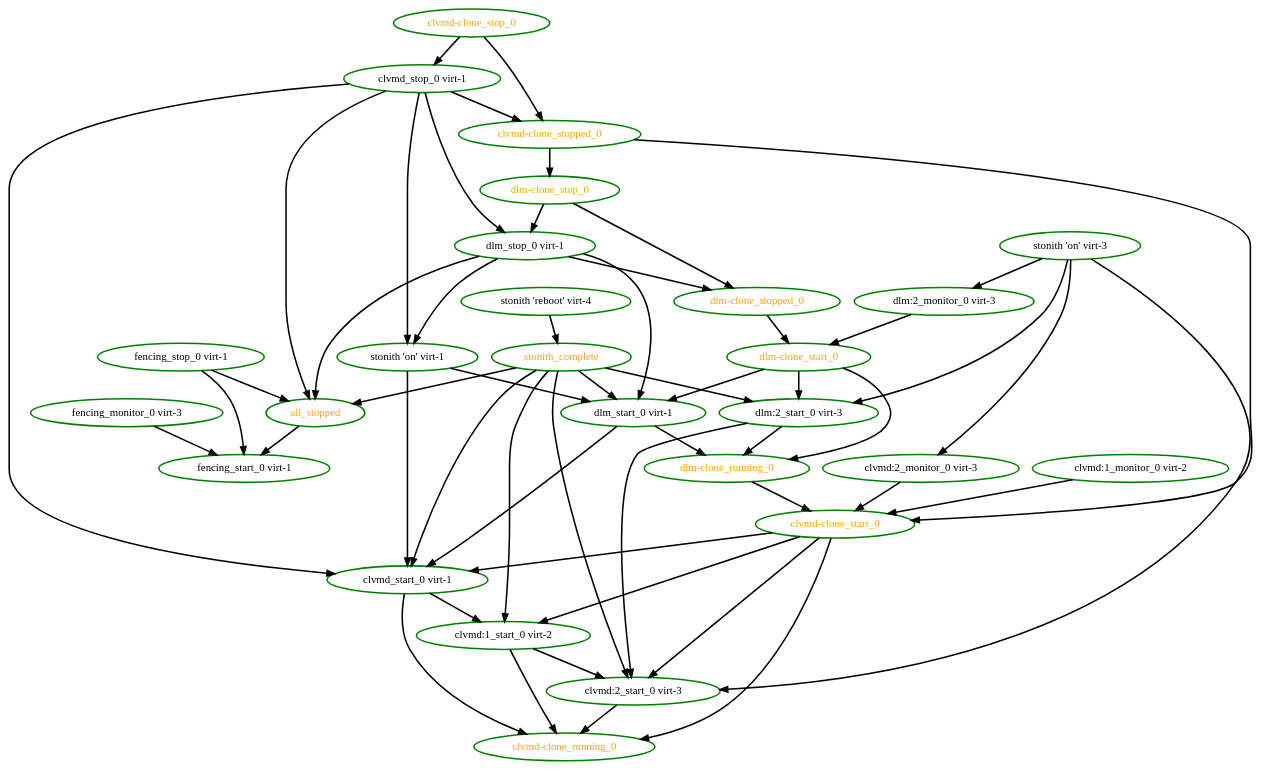
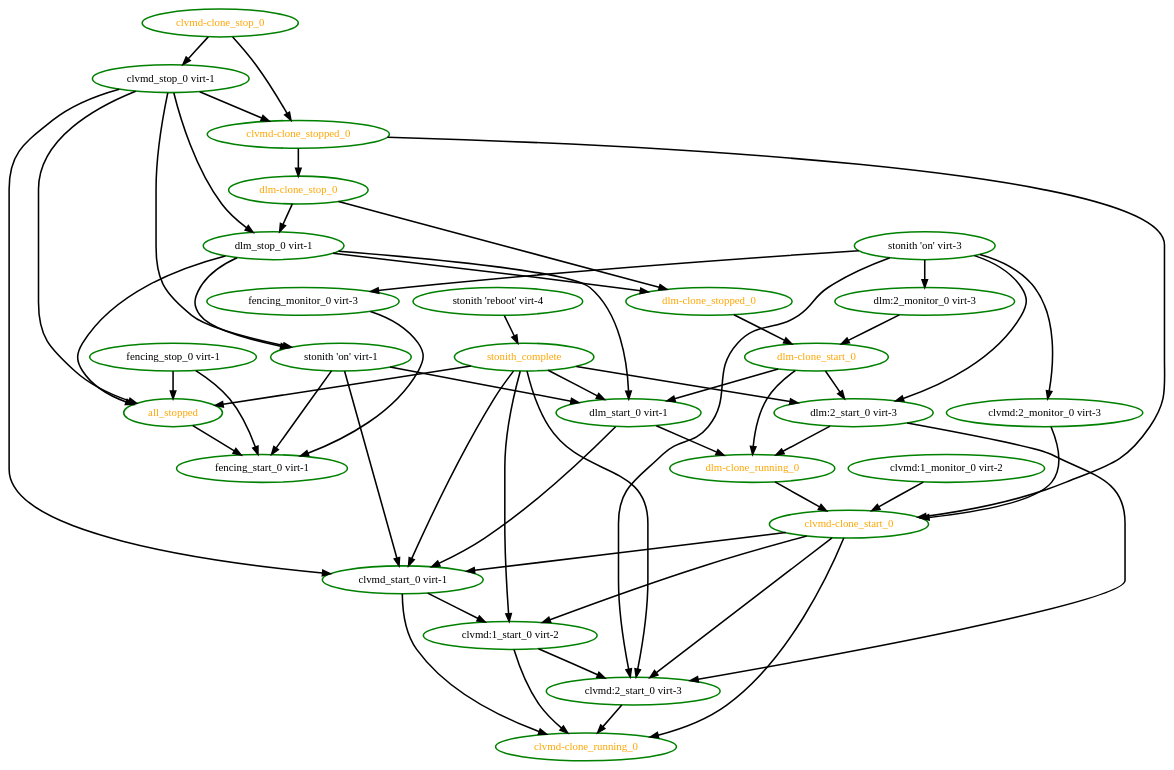
The diagram in pengine/test10/unfence-parameters.dot (ClusterLabs/pacemaker), drawn with Graphviz before and after one commit. The commit also changed 11 other files, not shown here.

```diff
--- a/pengine/test10/unfence-parameters.dot
+++ b/pengine/test10/unfence-parameters.dot
@@ -1,81 +1,83 @@
 digraph "g" {
 "all_stopped" -> "fencing_start_0 virt-1" [ style = bold]
 "all_stopped" [ style=bold color="green" fontcolor="orange"]
 "clvmd-clone_running_0" [ style=bold color="green" fontcolor="orange"]
 "clvmd-clone_start_0" -> "clvmd-clone_running_0" [ style = bold]
 "clvmd-clone_start_0" -> "clvmd:1_start_0 virt-2" [ style = bold]
 "clvmd-clone_start_0" -> "clvmd:2_start_0 virt-3" [ style = bold]
 "clvmd-clone_start_0" -> "clvmd_start_0 virt-1" [ style = bold]
 "clvmd-clone_start_0" [ style=bold color="green" fontcolor="orange"]
 "clvmd-clone_stop_0" -> "clvmd-clone_stopped_0" [ style = bold]
 "clvmd-clone_stop_0" -> "clvmd_stop_0 virt-1" [ style = bold]
 "clvmd-clone_stop_0" [ style=bold color="green" fontcolor="orange"]
 "clvmd-clone_stopped_0" -> "clvmd-clone_start_0" [ style = bold]
 "clvmd-clone_stopped_0" -> "dlm-clone_stop_0" [ style = bold]
 "clvmd-clone_stopped_0" [ style=bold color="green" fontcolor="orange"]
 "clvmd:1_monitor_0 virt-2" -> "clvmd-clone_start_0" [ style = bold]
 "clvmd:1_monitor_0 virt-2" [ style=bold color="green" fontcolor="black"]
 "clvmd:1_start_0 virt-2" -> "clvmd-clone_running_0" [ style = bold]
 "clvmd:1_start_0 virt-2" -> "clvmd:2_start_0 virt-3" [ style = bold]
 "clvmd:1_start_0 virt-2" [ style=bold color="green" fontcolor="black"]
 "clvmd:2_monitor_0 virt-3" -> "clvmd-clone_start_0" [ style = bold]
 "clvmd:2_monitor_0 virt-3" [ style=bold color="green" fontcolor="black"]
 "clvmd:2_start_0 virt-3" -> "clvmd-clone_running_0" [ style = bold]
 "clvmd:2_start_0 virt-3" [ style=bold color="green" fontcolor="black"]
 "clvmd_start_0 virt-1" -> "clvmd-clone_running_0" [ style = bold]
 "clvmd_start_0 virt-1" -> "clvmd:1_start_0 virt-2" [ style = bold]
 "clvmd_start_0 virt-1" [ style=bold color="green" fontcolor="black"]
 "clvmd_stop_0 virt-1" -> "all_stopped" [ style = bold]
 "clvmd_stop_0 virt-1" -> "clvmd-clone_stopped_0" [ style = bold]
 "clvmd_stop_0 virt-1" -> "clvmd_start_0 virt-1" [ style = bold]
 "clvmd_stop_0 virt-1" -> "dlm_stop_0 virt-1" [ style = bold]
 "clvmd_stop_0 virt-1" -> "stonith 'on' virt-1" [ style = bold]
 "clvmd_stop_0 virt-1" [ style=bold color="green" fontcolor="black"]
 "dlm-clone_running_0" -> "clvmd-clone_start_0" [ style = bold]
 "dlm-clone_running_0" [ style=bold color="green" fontcolor="orange"]
 "dlm-clone_start_0" -> "dlm-clone_running_0" [ style = bold]
 "dlm-clone_start_0" -> "dlm:2_start_0 virt-3" [ style = bold]
 "dlm-clone_start_0" -> "dlm_start_0 virt-1" [ style = bold]
 "dlm-clone_start_0" [ style=bold color="green" fontcolor="orange"]
 "dlm-clone_stop_0" -> "dlm-clone_stopped_0" [ style = bold]
 "dlm-clone_stop_0" -> "dlm_stop_0 virt-1" [ style = bold]
 "dlm-clone_stop_0" [ style=bold color="green" fontcolor="orange"]
 "dlm-clone_stopped_0" -> "dlm-clone_start_0" [ style = bold]
 "dlm-clone_stopped_0" [ style=bold color="green" fontcolor="orange"]
 "dlm:2_monitor_0 virt-3" -> "dlm-clone_start_0" [ style = bold]
 "dlm:2_monitor_0 virt-3" [ style=bold color="green" fontcolor="black"]
 "dlm:2_start_0 virt-3" -> "clvmd:2_start_0 virt-3" [ style = bold]
 "dlm:2_start_0 virt-3" -> "dlm-clone_running_0" [ style = bold]
 "dlm:2_start_0 virt-3" [ style=bold color="green" fontcolor="black"]
 "dlm_start_0 virt-1" -> "clvmd_start_0 virt-1" [ style = bold]
 "dlm_start_0 virt-1" -> "dlm-clone_running_0" [ style = bold]
 "dlm_start_0 virt-1" [ style=bold color="green" fontcolor="black"]
 "dlm_stop_0 virt-1" -> "all_stopped" [ style = bold]
 "dlm_stop_0 virt-1" -> "dlm-clone_stopped_0" [ style = bold]
 "dlm_stop_0 virt-1" -> "dlm_start_0 virt-1" [ style = bold]
 "dlm_stop_0 virt-1" -> "stonith 'on' virt-1" [ style = bold]
 "dlm_stop_0 virt-1" [ style=bold color="green" fontcolor="black"]
 "fencing_monitor_0 virt-3" -> "fencing_start_0 virt-1" [ style = bold]
 "fencing_monitor_0 virt-3" [ style=bold color="green" fontcolor="black"]
 "fencing_start_0 virt-1" [ style=bold color="green" fontcolor="black"]
 "fencing_stop_0 virt-1" -> "all_stopped" [ style = bold]
 "fencing_stop_0 virt-1" -> "fencing_start_0 virt-1" [ style = bold]
 "fencing_stop_0 virt-1" [ style=bold color="green" fontcolor="black"]
 "stonith 'on' virt-1" -> "clvmd_start_0 virt-1" [ style = bold]
 "stonith 'on' virt-1" -> "dlm_start_0 virt-1" [ style = bold]
+"stonith 'on' virt-1" -> "fencing_start_0 virt-1" [ style = bold]
 "stonith 'on' virt-1" [ style=bold color="green" fontcolor="black"]
 "stonith 'on' virt-3" -> "clvmd:2_monitor_0 virt-3" [ style = bold]
 "stonith 'on' virt-3" -> "clvmd:2_start_0 virt-3" [ style = bold]
 "stonith 'on' virt-3" -> "dlm:2_monitor_0 virt-3" [ style = bold]
 "stonith 'on' virt-3" -> "dlm:2_start_0 virt-3" [ style = bold]
+"stonith 'on' virt-3" -> "fencing_monitor_0 virt-3" [ style = bold]
 "stonith 'on' virt-3" [ style=bold color="green" fontcolor="black"]
 "stonith 'reboot' virt-4" -> "stonith_complete" [ style = bold]
 "stonith 'reboot' virt-4" [ style=bold color="green" fontcolor="black"]
 "stonith_complete" -> "all_stopped" [ style = bold]
 "stonith_complete" -> "clvmd:1_start_0 virt-2" [ style = bold]
 "stonith_complete" -> "clvmd:2_start_0 virt-3" [ style = bold]
 "stonith_complete" -> "clvmd_start_0 virt-1" [ style = bold]
 "stonith_complete" -> "dlm:2_start_0 virt-3" [ style = bold]
 "stonith_complete" -> "dlm_start_0 virt-1" [ style = bold]
 "stonith_complete" [ style=bold color="green" fontcolor="orange"]
 }
```
